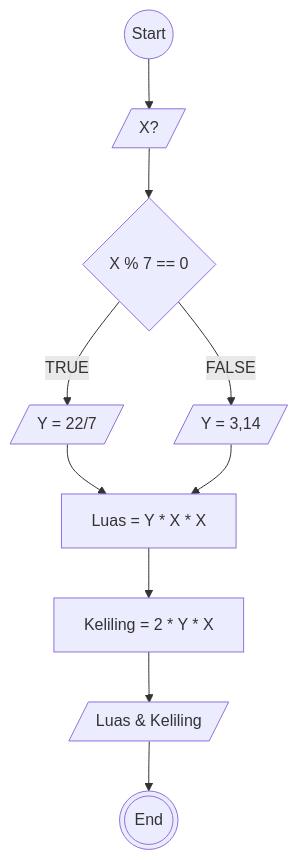
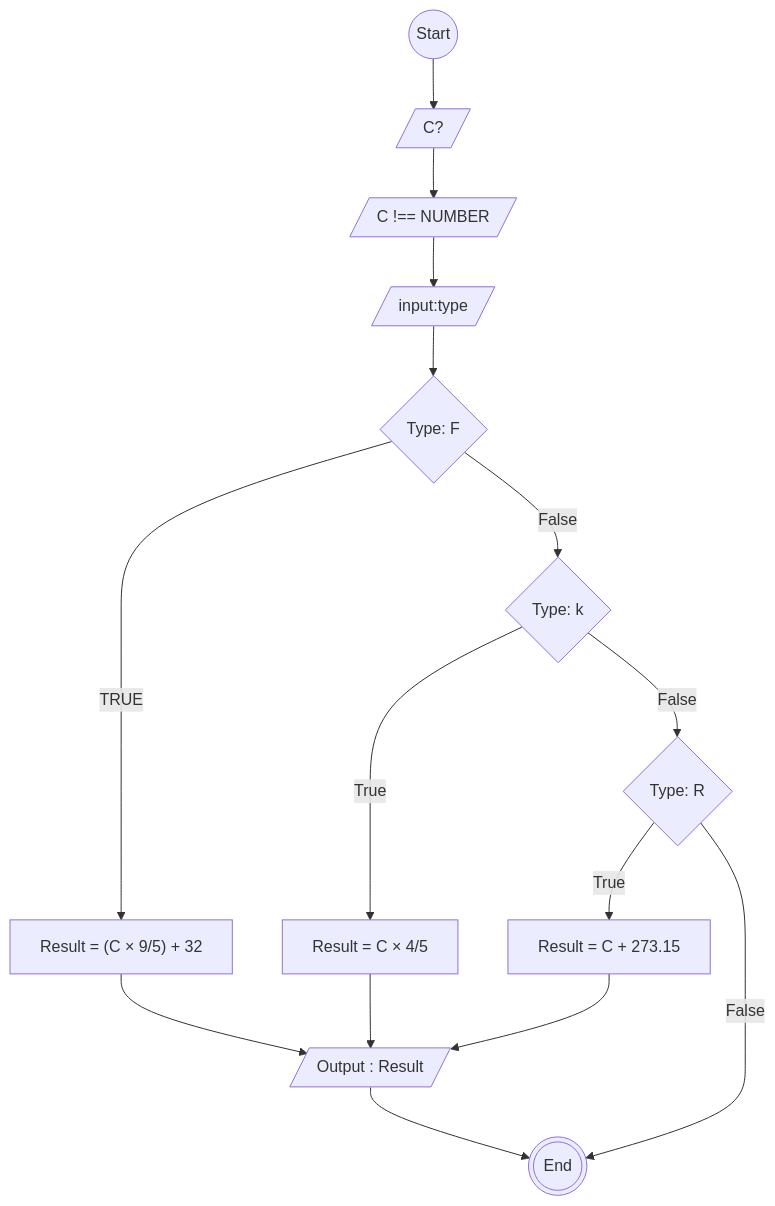
Before and after one commit to HN721/fgo24-algoritma: the diagram in MiniTask-Luas.md, drawn with Mermaid. The commit also changed other lines of this file, not shown here.

````diff
--- a/MiniTask-Luas.md
+++ b/MiniTask-Luas.md
@@ -17,20 +40,36 @@
 ```mermaid
 flowchart TD
   A@{ shape: circle, label: "Start" }
-  B@{shape: lean-r, label: "X?"}
-  C@{shape: diamond, label: "X % 7 == 0"}
-  D@{shape: lean-r, label: "Y = 22/7"}
-  E@{shape: lean-r, label: "Y = 3,14"}
-  F@{shape , label: "Luas = Y * X * X"}
-  G@{shape , label: "Keliling  = 2 * Y * X"}
-  H@{shape: lean-r, label: "Luas & Keliling"}
-  I@{shape: dbl-circ, label: "End"}
- A --> B
- B --> C
- C --TRUE--> D
- C --FALSE--> E
- D & E --> F
- F --> G
- G --> H
- H --> I
+  Isnumber@{ shape: lean-r , label: "C !== NUMBER" }
+  type@{ shape: lean-r , label: "input:type" }
+
+  type1@{ shape: diamond , label: "Type: F" }
+  type2@{ shape: diamond , label: "Type: k" }
+  type3@{ shape: diamond , label: "Type: R" }
+  output@{shape: lean-r, label: "Output : Result"}
+  B@{shape: lean-r, label: "C?"}
+  C@{shape , label: "Result = (C × 9/5) + 32"}
+  D@{shape , label: "Result = C × 4/5"}
+  E@{shape , label: "Result = C + 273.15"}
+  H@{shape: dbl-circ, label: "End"}
+A --> B
+B --> Isnumber
+Isnumber --> type
+type --> type1
+type1 --TRUE--> C
+type1 --False--> type2
+type2 --True--> D
+type2 --False--> type3
+type3 --True--> E
+type3 --False--> H
+C --> output
+D --> output
+E --> output
+
+output --> H
+
+
+
+
+
 ```
````
